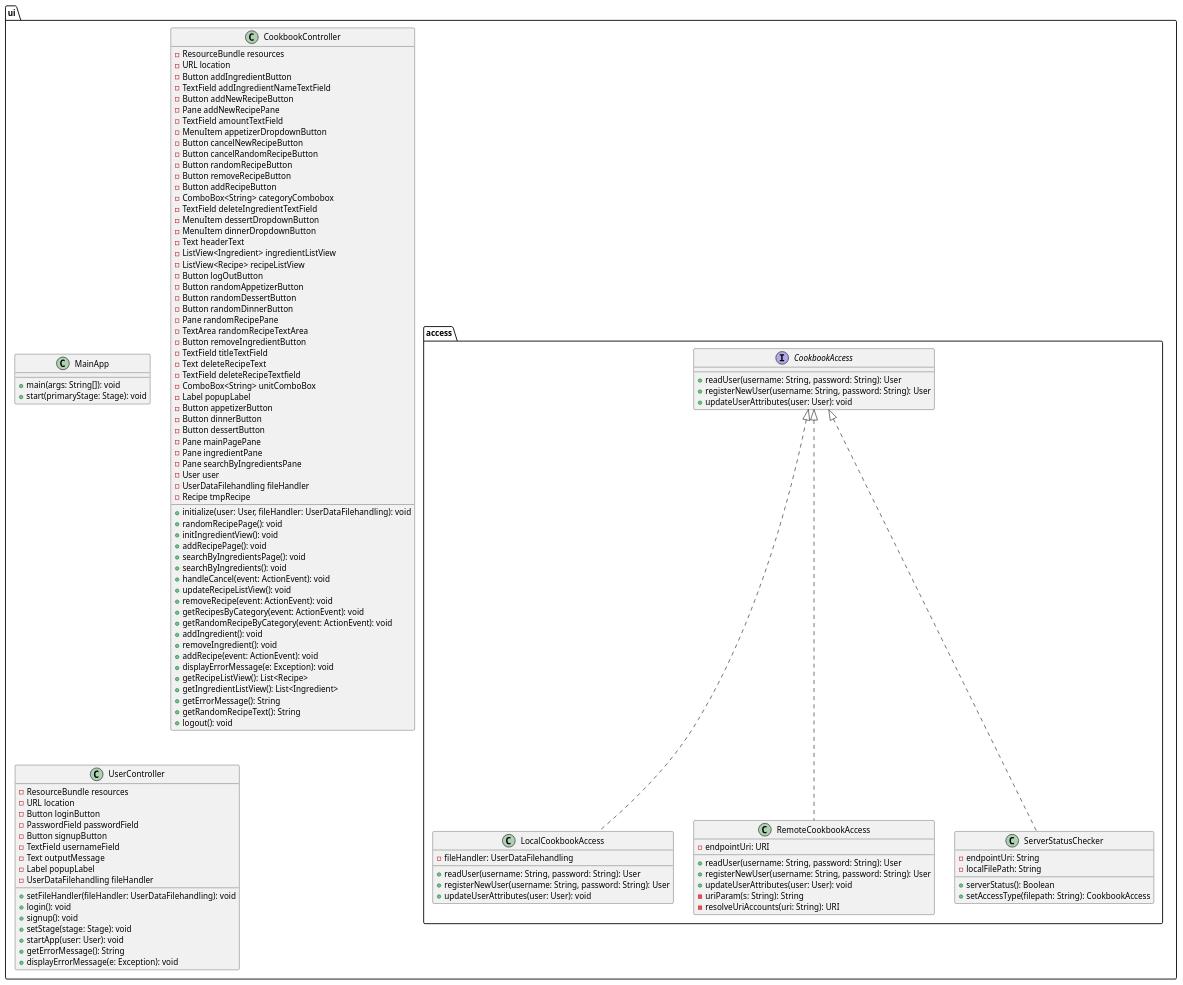
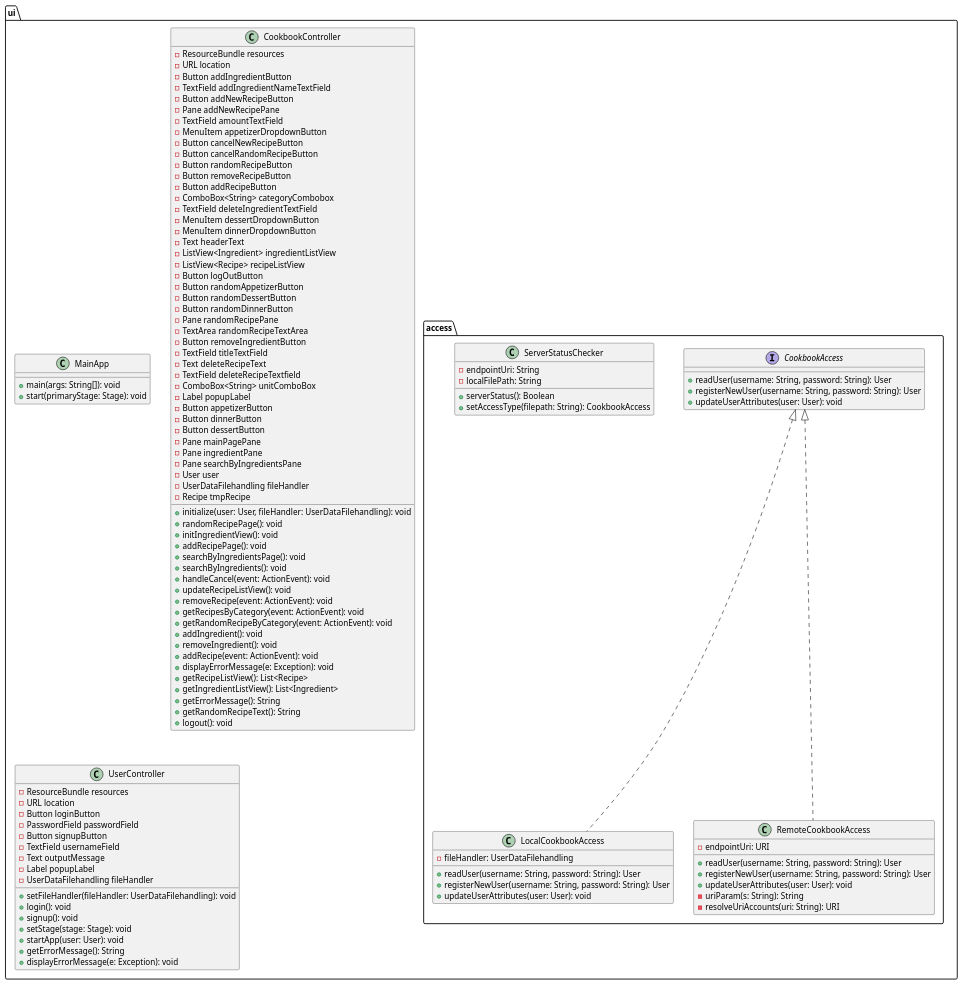
The diagram in cookbook/docs/release3/Diagrams/UIClassDiagram.puml (MadsJJ/Cookbook), drawn with PlantUML before and after one commit.

Commit message:
Update ui class diagram

```diff
--- a/cookbook/docs/release3/Diagrams/UIClassDiagram.puml
+++ b/cookbook/docs/release3/Diagrams/UIClassDiagram.puml
@@ -1,132 +1,131 @@
 @startuml UIControllersClassDiagram
 
  package ui {
     
     package "access"{
 
        interface CookbookAccess {
         + readUser(username: String, password: String): User
         + registerNewUser(username: String, password: String): User
         + updateUserAttributes(user: User): void
 }
 
 class LocalCookbookAccess {
   - fileHandler: UserDataFilehandling
   + readUser(username: String, password: String): User
   + registerNewUser(username: String, password: String): User
   + updateUserAttributes(user: User): void
 }
 
 class RemoteCookbookAccess {
   - endpointUri: URI
   + readUser(username: String, password: String): User
   + registerNewUser(username: String, password: String): User
   + updateUserAttributes(user: User): void
   - uriParam(s: String): String
   - resolveUriAccounts(uri: String): URI
 }
 
 class ServerStatusChecker {
   - endpointUri: String
   - localFilePath: String
   + serverStatus(): Boolean
   + setAccessType(filepath: String): CookbookAccess
 }
     }
     
 class MainApp {
   + main(args: String[]): void
   + start(primaryStage: Stage): void
 }
 
 
     class CookbookController{
         - ResourceBundle resources
         - URL location
         - Button addIngredientButton
         - TextField addIngredientNameTextField
         - Button addNewRecipeButton
         - Pane addNewRecipePane
         - TextField amountTextField
         - MenuItem appetizerDropdownButton
         - Button cancelNewRecipeButton
         - Button cancelRandomRecipeButton
         - Button randomRecipeButton
         - Button removeRecipeButton
         - Button addRecipeButton
         - ComboBox<String> categoryCombobox
         - TextField deleteIngredientTextField
         - MenuItem dessertDropdownButton
         - MenuItem dinnerDropdownButton
         - Text headerText
         - ListView<Ingredient> ingredientListView
         - ListView<Recipe> recipeListView
         - Button logOutButton
         - Button randomAppetizerButton
         - Button randomDessertButton
         - Button randomDinnerButton
         - Pane randomRecipePane
         - TextArea randomRecipeTextArea
         - Button removeIngredientButton
         - TextField titleTextField
         - Text deleteRecipeText
         - TextField deleteRecipeTextfield
         - ComboBox<String> unitComboBox
         - Label popupLabel
         - Button appetizerButton
         - Button dinnerButton
         - Button dessertButton
         - Pane mainPagePane
         - Pane ingredientPane
         - Pane searchByIngredientsPane
         - User user
         - UserDataFilehandling fileHandler
         - Recipe tmpRecipe
         + initialize(user: User, fileHandler: UserDataFilehandling): void
         + randomRecipePage(): void
         + initIngredientView(): void
         + addRecipePage(): void
         + searchByIngredientsPage(): void
         + searchByIngredients(): void
         + handleCancel(event: ActionEvent): void
         + updateRecipeListView(): void
         + removeRecipe(event: ActionEvent): void
         + getRecipesByCategory(event: ActionEvent): void
         + getRandomRecipeByCategory(event: ActionEvent): void
         + addIngredient(): void
         + removeIngredient(): void
         + addRecipe(event: ActionEvent): void
         + displayErrorMessage(e: Exception): void
         + getRecipeListView(): List<Recipe>
         + getIngredientListView(): List<Ingredient>
         + getErrorMessage(): String
         + getRandomRecipeText(): String
         + logout(): void
     
     }
     class UserController{
         - ResourceBundle resources
         - URL location
         - Button loginButton
         - PasswordField passwordField
         - Button signupButton
         - TextField usernameField
         - Text outputMessage
         - Label popupLabel
         - UserDataFilehandling fileHandler
         + setFileHandler(fileHandler: UserDataFilehandling): void
         + login(): void
         + signup(): void
         + setStage(stage: Stage): void
         + startApp(user: User): void
         + getErrorMessage(): String
         + displayErrorMessage(e: Exception): void
     }
 }
 
  
 CookbookAccess <|.. LocalCookbookAccess
 CookbookAccess <|.. RemoteCookbookAccess
-CookbookAccess <|.. ServerStatusChecker
 
 @enduml
```
